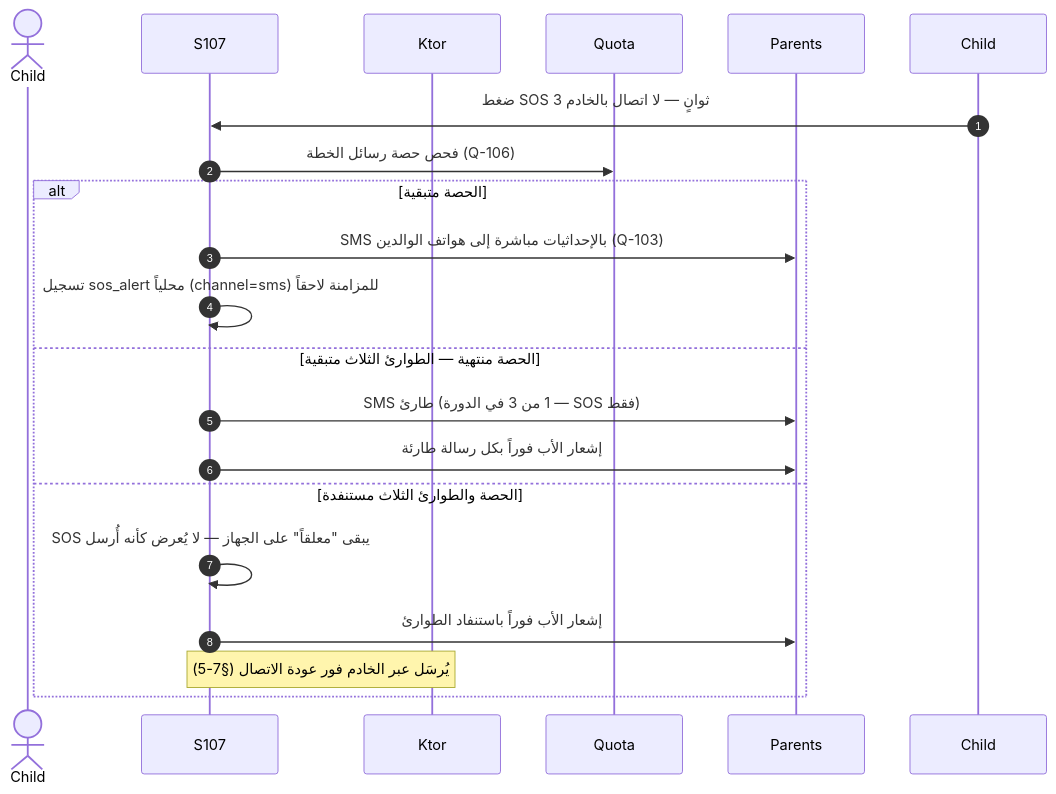
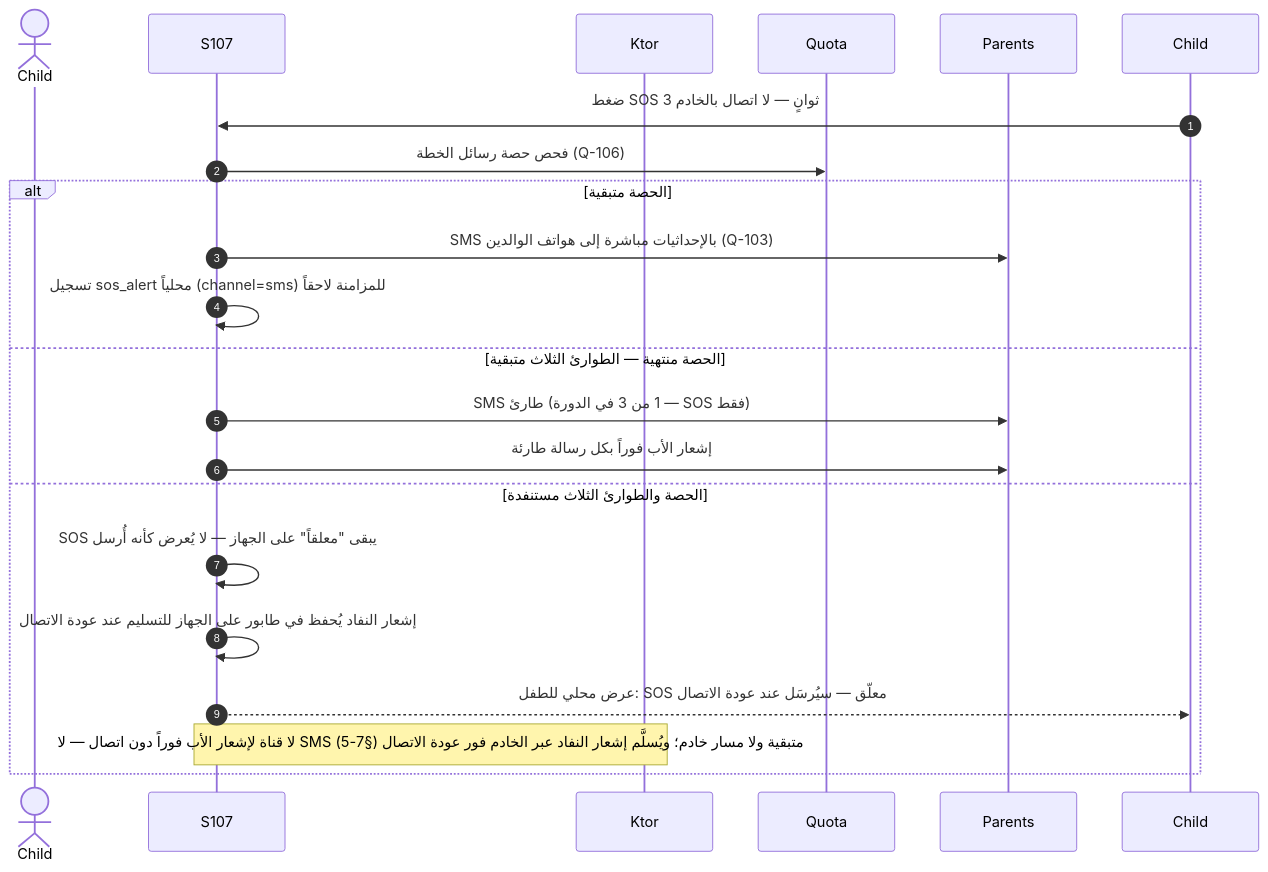
Before and after one commit to Bassam-mohammed-alqaeadi/family-os-v2: the sixth of 12 diagrams in docs/family-os/governance/phases/phase-1/S1-07-location-basic/DIAGRAMS.md, drawn with Mermaid. The commit also changed other lines of this file and 34 other files, not shown here.

````diff
--- a/docs/family-os/governance/phases/phase-1/S1-07-location-basic/DIAGRAMS.md
+++ b/docs/family-os/governance/phases/phase-1/S1-07-location-basic/DIAGRAMS.md
@@ -217,22 +219,23 @@
 ```mermaid
 sequenceDiagram
     autonumber
     actor الطفل as Child
     participant الموقع as S107
     participant الخادم as Ktor
     participant الحصة as Quota
     participant الوالدان as Parents
     Child->>الموقع: ضغط SOS 3 ثوانٍ — لا اتصال بالخادم
     الموقع->>الحصة: فحص حصة رسائل الخطة (Q-106)
     alt الحصة متبقية
         الموقع->>الوالدان: SMS بالإحداثيات مباشرة إلى هواتف الوالدين (Q-103)
         الموقع->>الموقع: تسجيل sos_alert محلياً (channel=sms) للمزامنة لاحقاً
     else الحصة منتهية — الطوارئ الثلاث متبقية
         الموقع->>الوالدان: SMS طارئ (1 من 3 في الدورة — SOS فقط)
         الموقع->>الوالدان: إشعار الأب فوراً بكل رسالة طارئة
     else الحصة والطوارئ الثلاث مستنفدة
         الموقع->>الموقع: SOS يبقى "معلقاً" على الجهاز — لا يُعرض كأنه أُرسل
-        الموقع->>الوالدان: إشعار الأب فوراً باستنفاد الطوارئ
-        Note over الموقع,الخادم: يُرسَل عبر الخادم فور عودة الاتصال (§7-5)
+        الموقع->>الموقع: إشعار النفاد يُحفظ في طابور على الجهاز للتسليم عند عودة الاتصال
+        الموقع-->>Child: عرض محلي للطفل: SOS معلّق — سيُرسَل عند عودة الاتصال
+        Note over الموقع,الخادم: لا قناة لإشعار الأب فوراً دون اتصال — لا SMS متبقية ولا مسار خادم؛ ويُسلَّم إشعار النفاد عبر الخادم فور عودة الاتصال (§7-5)
     end
 ```
````
